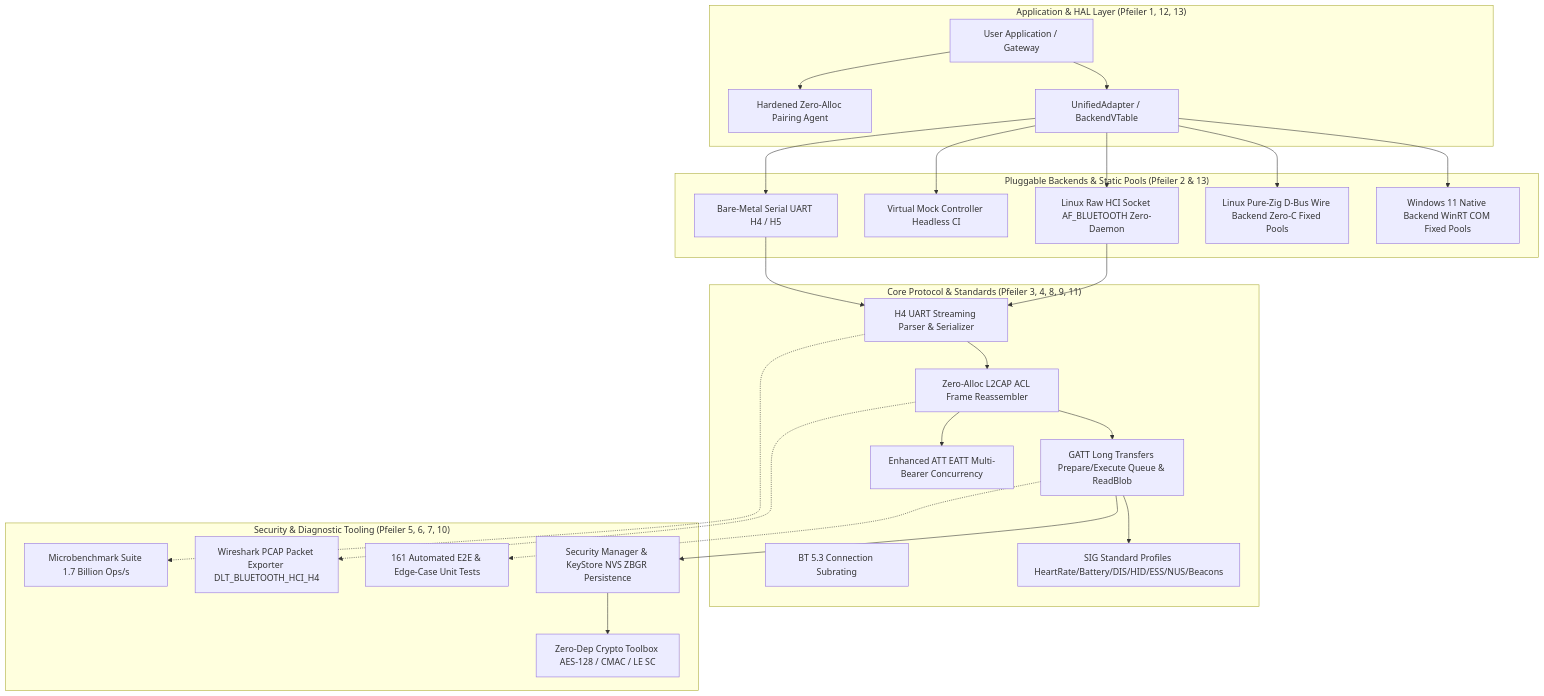
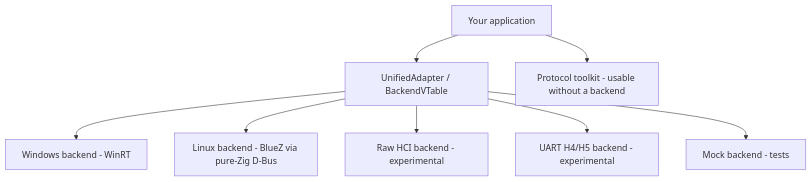
Before and after one commit to AritoUser/Zig-BLE: the diagram in README.md, drawn with Mermaid. The commit also changed other lines of this file and 49 other files, not shown here.

````diff
--- a/README.md
+++ b/README.md
@@ -27,54 +47,19 @@
 ```mermaid
 graph TD
-    subgraph "Application & HAL Layer (Pfeiler 1, 12, 13)"
-        APP[User Application / Gateway]
-        HAL[UnifiedAdapter / BackendVTable]
-        AGENT[Hardened Zero-Alloc Pairing Agent]
-    end
-
-    subgraph "Pluggable Backends & Static Pools (Pfeiler 2 & 13)"
-        WIN[Windows 11 Native Backend WinRT COM Fixed Pools]
-        DBUS[Linux Pure-Zig D-Bus Wire Backend Zero-C Fixed Pools]
-        HCI_SOCK[Linux Raw HCI Socket AF_BLUETOOTH Zero-Daemon]
-        MOCK[Virtual Mock Controller Headless CI]
-        UART[Bare-Metal Serial UART H4 / H5]
-    end
-
-    subgraph "Core Protocol & Standards (Pfeiler 3, 4, 8, 9, 11)"
-        H4_ENG[H4 UART Streaming Parser & Serializer]
-        L2CAP_ENG[Zero-Alloc L2CAP ACL Frame Reassembler]
-        GATT_ENG[GATT Long Transfers Prepare/Execute Queue & ReadBlob]
-        EATT_ENG[Enhanced ATT EATT Multi-Bearer Concurrency]
-        SUB_ENG[BT 5.3 Connection Subrating]
-        PROF_ENG[SIG Standard Profiles HeartRate/Battery/DIS/HID/ESS/NUS/Beacons]
-    end
-
-    subgraph "Security & Diagnostic Tooling (Pfeiler 5, 6, 7, 10)"
-        SEC_ENG[Security Manager & KeyStore NVS ZBGR Persistence]
-        CRYPTO_ENG[Zero-Dep Crypto Toolbox AES-128 / CMAC / LE SC]
-        TESTS[161 Automated E2E & Edge-Case Unit Tests]
-        PCAP_ENG[Wireshark PCAP Packet Exporter DLT_BLUETOOTH_HCI_H4]
-        BENCH[Microbenchmark Suite 1.7 Billion Ops/s]
-    end
+    APP[Your application]
+    HAL[UnifiedAdapter / BackendVTable]
+    WIN[Windows backend - WinRT]
+    BLUEZ[Linux backend - BlueZ via pure-Zig D-Bus]
+    HCI[Raw HCI backend - experimental]
+    UART[UART H4/H5 backend - experimental]
+    MOCK[Mock backend - tests]
+    KIT[Protocol toolkit - usable without a backend]
 
     APP --> HAL
-    APP --> AGENT
     HAL --> WIN
-    HAL --> DBUS
-    HAL --> HCI_SOCK
+    HAL --> BLUEZ
+    HAL --> HCI
+    HAL --> UART
     HAL --> MOCK
-    HAL --> UART
-
-    UART --> H4_ENG
-    HCI_SOCK --> H4_ENG
-    H4_ENG --> L2CAP_ENG
-    L2CAP_ENG --> GATT_ENG
-    L2CAP_ENG --> EATT_ENG
-    GATT_ENG --> PROF_ENG
-    GATT_ENG --> SEC_ENG
-    SEC_ENG --> CRYPTO_ENG
-
-    L2CAP_ENG -.-> PCAP_ENG
-    GATT_ENG -.-> TESTS
-    H4_ENG -.-> BENCH
+    APP --> KIT
 ```
````
